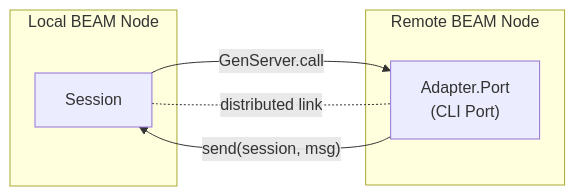
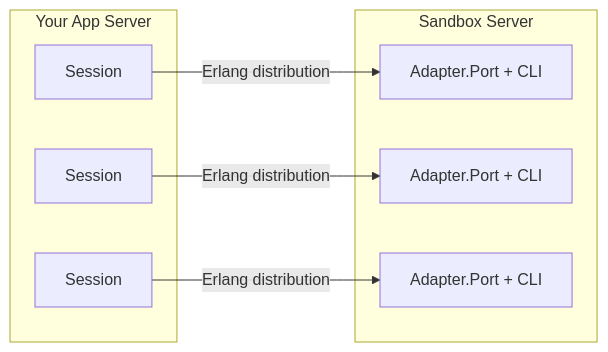
Before and after one commit to guess/claude_code: the second of 2 diagrams in docs/guides/distributed-sessions.md, drawn with Mermaid. The commit also changed other lines of this file and 3 other files, not shown here.

````diff
--- a/docs/guides/distributed-sessions.md
+++ b/docs/guides/distributed-sessions.md
@@ -73,12 +98,16 @@
 ```mermaid
 graph LR
-  subgraph Local BEAM Node
-    Session
+  subgraph "Your App Server"
+    S1[Session]
+    S2[Session]
+    S3[Session]
   end
-  subgraph Remote BEAM Node
-    Port["Adapter.Port<br/>(CLI Port)"]
+  subgraph "Sandbox Server"
+    P1["Adapter.Port + CLI"]
+    P2["Adapter.Port + CLI"]
+    P3["Adapter.Port + CLI"]
   end
-  Session -- "GenServer.call" --> Port
-  Port -- "send(session, msg)" --> Session
-  Session -. "distributed link" .- Port
+  S1 -- "Erlang distribution" --> P1
+  S2 -- "Erlang distribution" --> P2
+  S3 -- "Erlang distribution" --> P3
 ```
````
